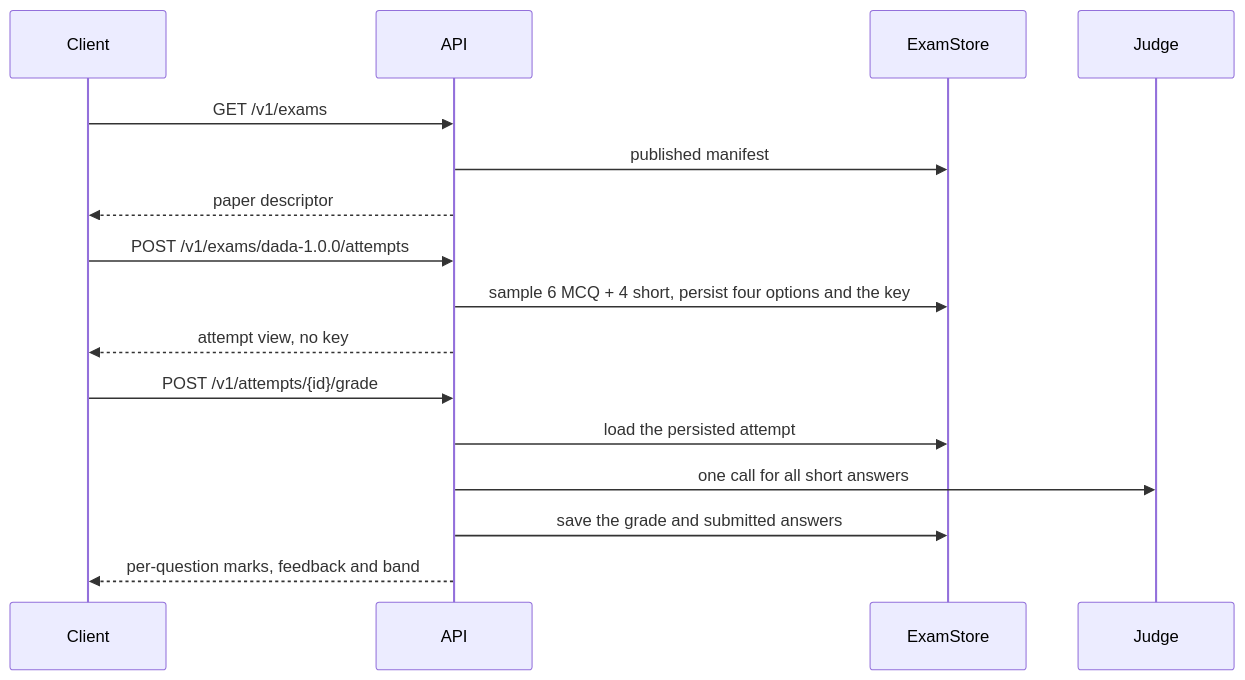
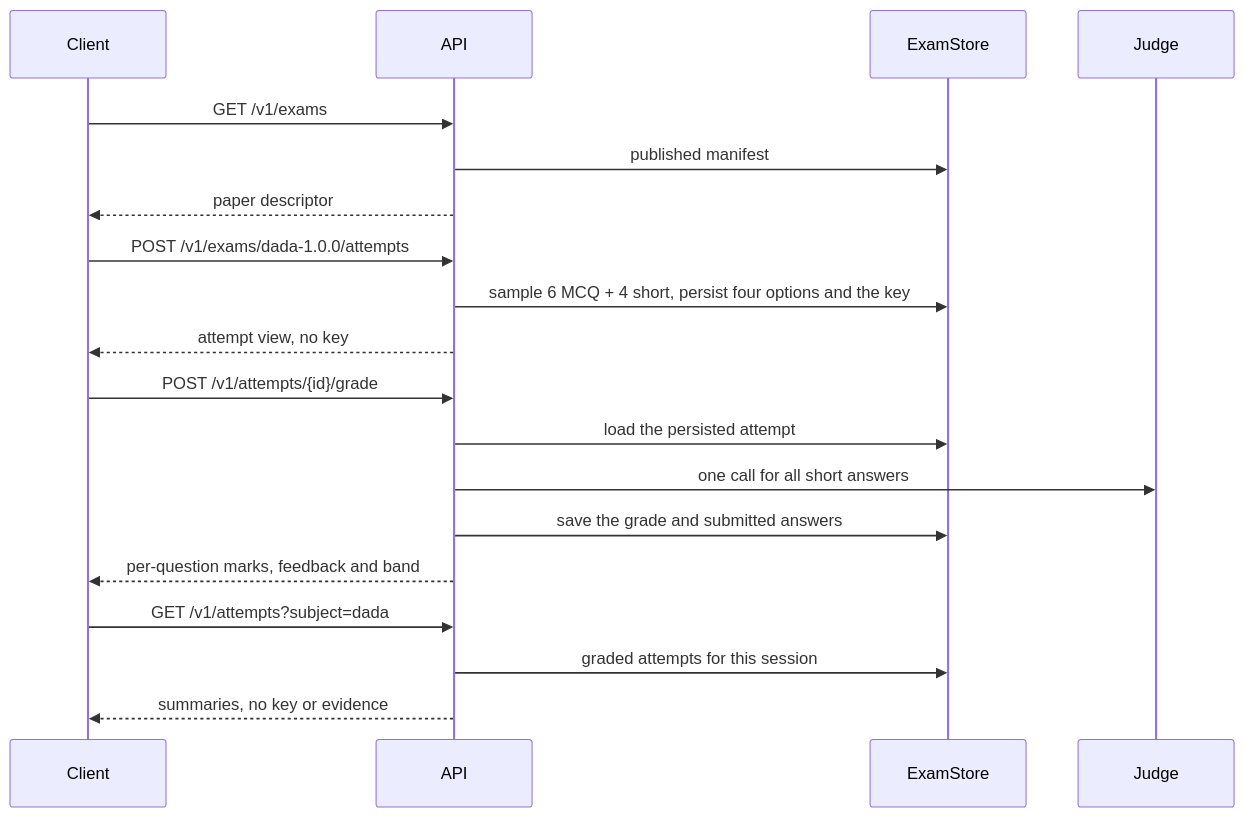
The seventh of 7 diagrams in docs/architecture.md (monitus2022/owl-online), drawn with Mermaid before and after one commit. The commit also changed other lines of this file and 19 other files, not shown here.

````diff
--- a/docs/architecture.md
+++ b/docs/architecture.md
@@ -613,18 +612,21 @@
 ```mermaid
 sequenceDiagram
   participant C as Client
   participant A as API
   participant S as ExamStore
   participant J as Judge
   C->>A: GET /v1/exams
   A->>S: published manifest
   A-->>C: paper descriptor
   C->>A: POST /v1/exams/dada-1.0.0/attempts
   A->>S: sample 6 MCQ + 4 short, persist four options and the key
   A-->>C: attempt view, no key
   C->>A: POST /v1/attempts/{id}/grade
   A->>S: load the persisted attempt
   A->>J: one call for all short answers
   A->>S: save the grade and submitted answers
   A-->>C: per-question marks, feedback and band
+  C->>A: GET /v1/attempts?subject=dada
+  A->>S: graded attempts for this session
+  A-->>C: summaries, no key or evidence
 ```
````
